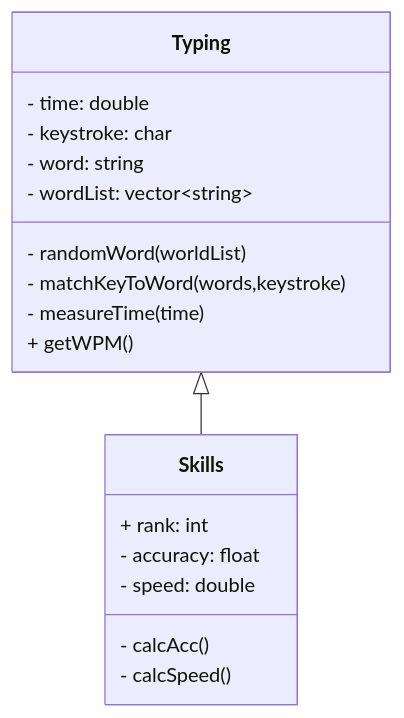
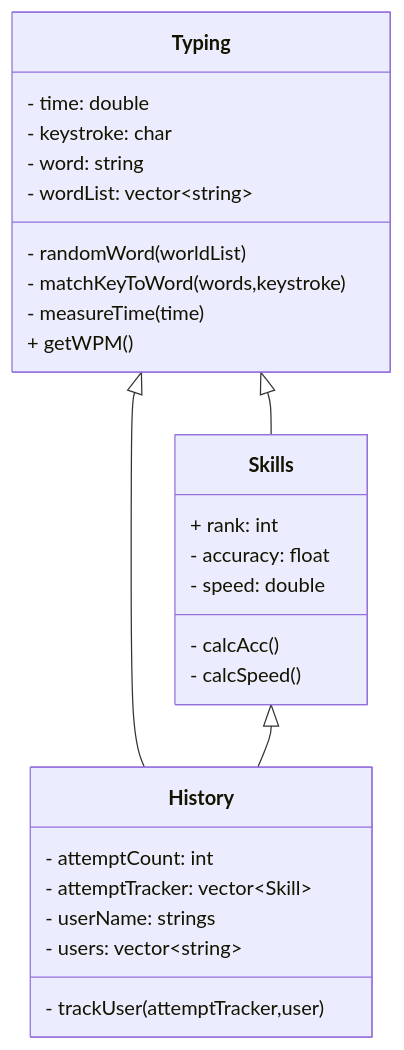
One commit to tojustis/tippitytappity-design changed the diagram in README.md. Above: the diagram before and after it, drawn with Mermaid.

Commit message:
Adding a history tracker for multiple users

````diff
--- a/README.md
+++ b/README.md
@@ -8,23 +8,35 @@
 ```mermaid
 classDiagram
   Typing <|-- Skills
+  Typing <|-- History
+  Skills <|-- History
   class Typing{
         - time: double
         - keystroke: char
         - word: string
         - wordList: vector~string~
         - randomWord(worldList)
         - matchKeyToWord(words,keystroke)
         - measureTime(time)
         + getWPM()
 
   }
   class Skills{
         + rank: int
         - accuracy: float
         - speed: double
         - calcAcc()
         - calcSpeed()
   }
 
+  class History {
+        - attemptCount: int
+        - attemptTracker: vector~Skill~
+        - userName: strings
+        - users: vector~string~
+        - trackUser(attemptTracker,user)
+
+
+
+  }
 ```
````
